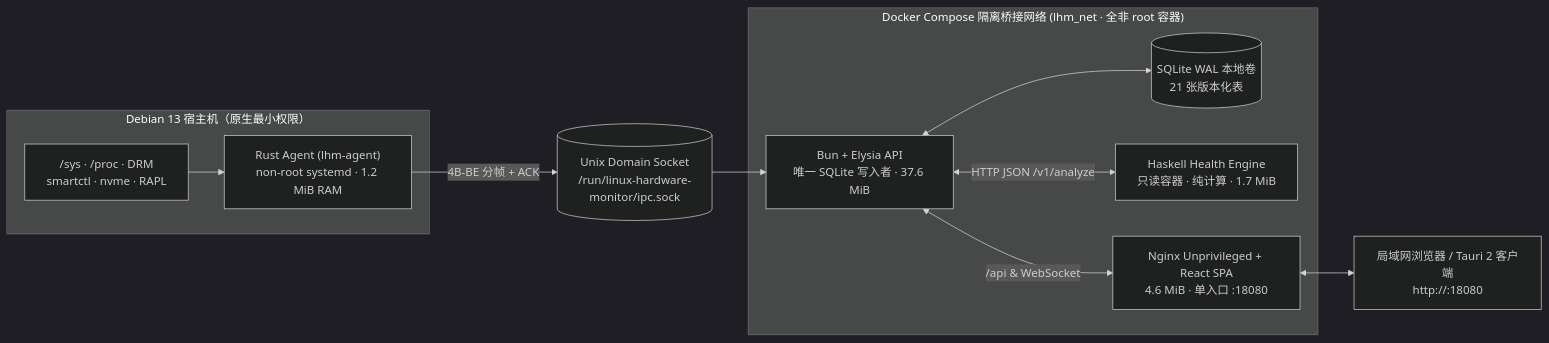
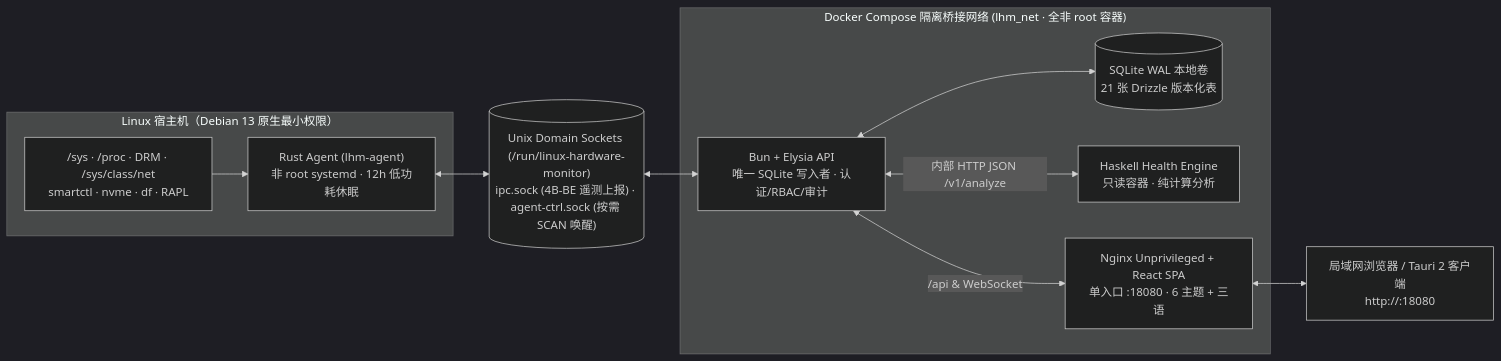
One commit to vicky-clair/xiaorui-linux-hardware-monitor changed the diagram in README.md. Above: the diagram before and after it, drawn with Mermaid (dark theme). The commit also changed other lines of this file and 54 other files, not shown here.

````diff
--- a/README.md
+++ b/README.md
@@ -34,25 +35,25 @@
 ```mermaid
 flowchart LR
-  subgraph HOST["Debian 13 宿主机（原生最小权限）"]
-    HW["/sys · /proc · DRM<br/>smartctl · nvme · RAPL"]
-    AGENT["Rust Agent (lhm-agent)<br/>non-root systemd · 1.2 MiB RAM"]
+  subgraph HOST["Linux 宿主机（Debian 13 原生最小权限）"]
+    HW["/sys · /proc · DRM · /sys/class/net<br/>smartctl · nvme · df · RAPL"]
+    AGENT["Rust Agent (lhm-agent)<br/>非 root systemd · 12h 低功耗休眠"]
     HW --> AGENT
   end
 
-  SOCK[("Unix Domain Socket<br/>/run/linux-hardware-monitor/ipc.sock")]
+  SOCK[("Unix Domain Sockets (/run/linux-hardware-monitor)<br/>ipc.sock (4B-BE 遥测上报) · agent-ctrl.sock (按需 SCAN 唤醒)")]
 
   subgraph DOCKER["Docker Compose 隔离桥接网络 (lhm_net · 全非 root 容器)"]
-    API["Bun + Elysia API<br/>唯一 SQLite 写入者 · 37.6 MiB"]
-    SQLITE[("SQLite WAL 本地卷<br/>21 张版本化表")]
-    HS["Haskell Health Engine<br/>只读容器 · 纯计算 · 1.7 MiB"]
-    WEB["Nginx Unprivileged + React SPA<br/>4.6 MiB · 单入口 :18080"]
+    API["Bun + Elysia API<br/>唯一 SQLite 写入者 · 认证/RBAC/审计"]
+    SQLITE[("SQLite WAL 本地卷<br/>21 张 Drizzle 版本化表")]
+    HS["Haskell Health Engine<br/>只读容器 · 纯计算分析"]
+    WEB["Nginx Unprivileged + React SPA<br/>单入口 :18080 · 6 主题 + 三语"]
     API <--> SQLITE
-    API <-->|"HTTP JSON /v1/analyze"| HS
+    API <-->|"内部 HTTP JSON /v1/analyze"| HS
     API <-->|"/api & WebSocket"| WEB
   end
 
   USER["局域网浏览器 / Tauri 2 客户端<br/>http://<HOST_IP>:18080"]
 
-  AGENT -->|"4B-BE 分帧 + ACK"| SOCK --> API
+  AGENT <--> SOCK <--> API
   WEB <--> USER
 ```
````
